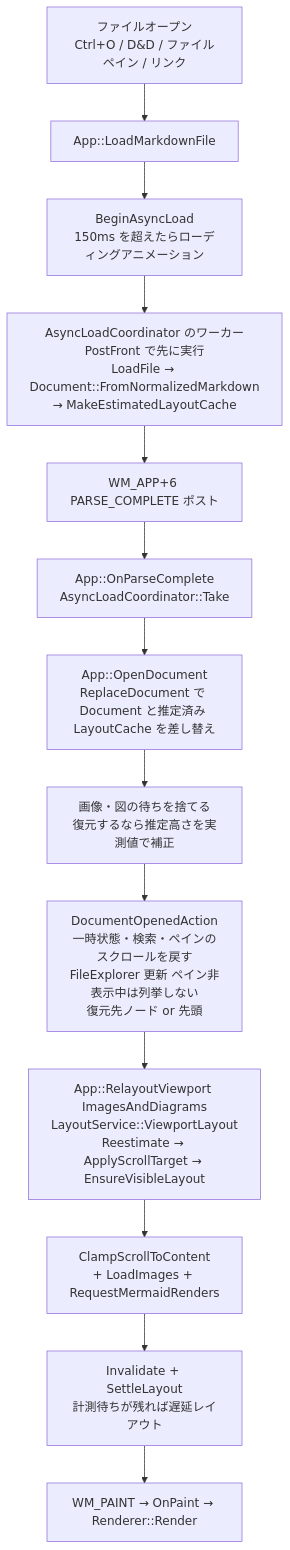
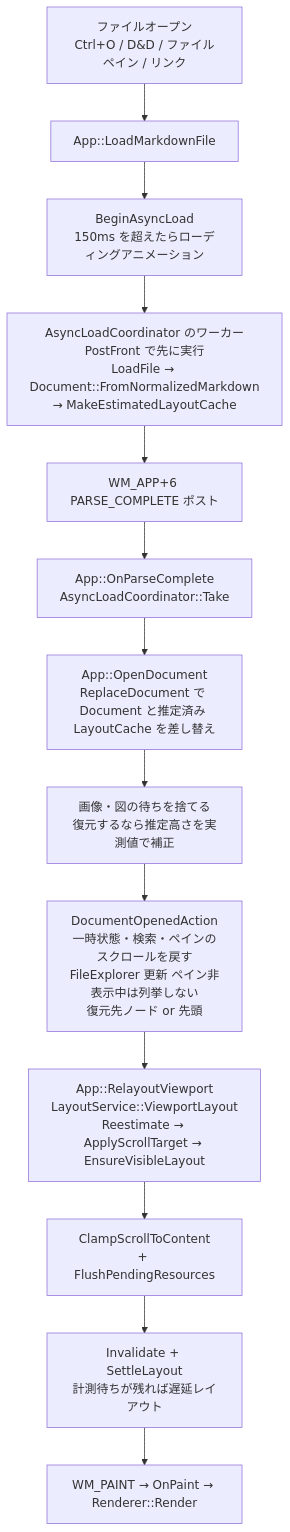
One commit to tanaton/mendo changed diagram 18 of 27 in example/test.md. Above: the diagram before and after it, drawn with Mermaid. The commit also changed other lines of this file and 111 other files, not shown here.

````diff
--- a/example/test.md
+++ b/example/test.md
@@ -3128,16 +3107,16 @@
 ```mermaid
 flowchart TD
     TRIGGER[ファイルオープン<br>Ctrl+O / D&D / ファイルペイン / リンク] --> LMF[App::LoadMarkdownFile]
     LMF --> ASYNC[BeginAsyncLoad<br>150ms を超えたらローディングアニメーション]
     ASYNC --> WORKER[AsyncLoadCoordinator のワーカー<br>PostFront で先に実行<br>LoadFile → Document::FromNormalizedMarkdown<br>→ MakeEstimatedLayoutCache]
     WORKER --> POST[WM_APP+6 PARSE_COMPLETE ポスト]
     POST --> OPC[App::OnParseComplete<br>AsyncLoadCoordinator::Take]
 
     OPC --> REPL[App::OpenDocument<br>ReplaceDocument で Document と推定済み LayoutCache を差し替え]
     REPL --> FIN[画像・図の待ちを捨てる<br>復元するなら推定高さを実測値で補正]
     FIN --> OPENED[DocumentOpenedAction<br>一時状態・検索・ペインのスクロールを戻す<br>FileExplorer 更新 ペイン非表示中は列挙しない<br>復元先ノード or 先頭]
-    OPENED --> LAYOUT[App::RelayoutViewport ImagesAndDiagrams<br>LayoutService::ViewportLayout<br>Reestimate → ApplyScrollTarget → EnsureVisibleLayout]
-    LAYOUT --> FINAL[ClampScrollToContent<br>+ LoadImages + RequestMermaidRenders]
+    OPENED --> LAYOUT[App::RelayoutViewport<br>LayoutService::ViewportLayout<br>Reestimate → ApplyScrollTarget → EnsureVisibleLayout]
+    LAYOUT --> FINAL[ClampScrollToContent<br>+ FlushPendingResources]
     FINAL --> INVAL[Invalidate + SettleLayout<br>計測待ちが残れば遅延レイアウト]
     INVAL --> PAINT[WM_PAINT → OnPaint → Renderer::Render]
 ```
````
